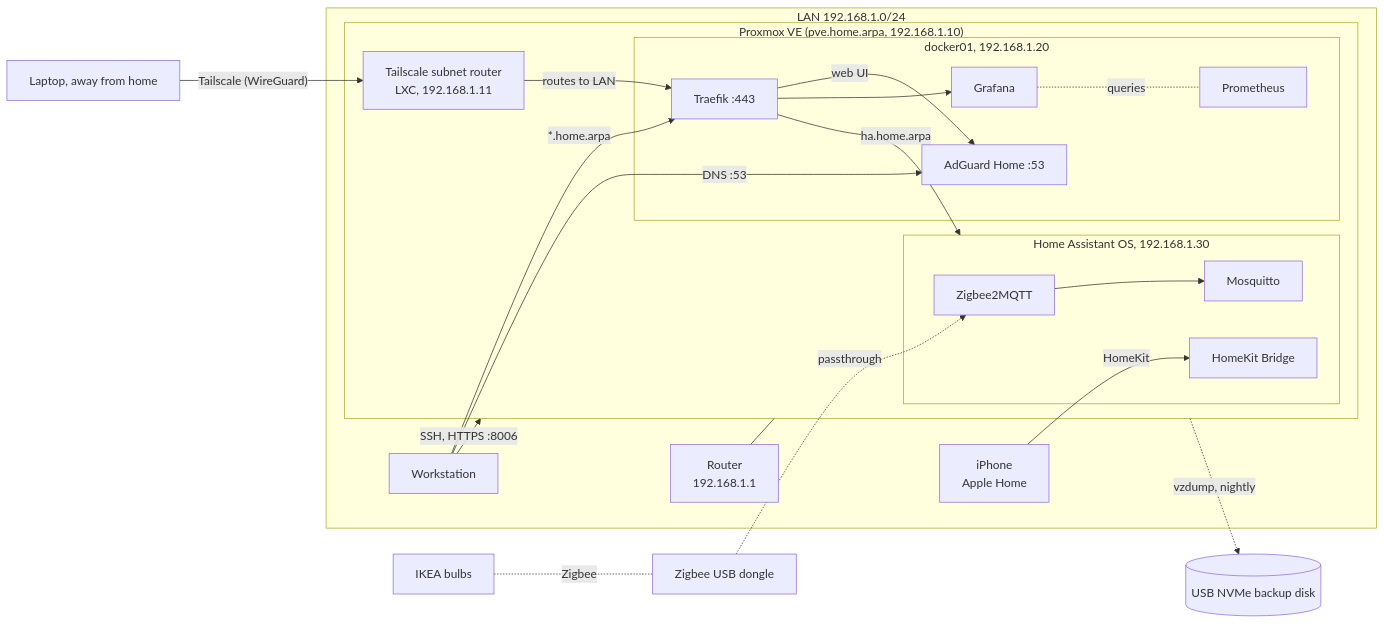
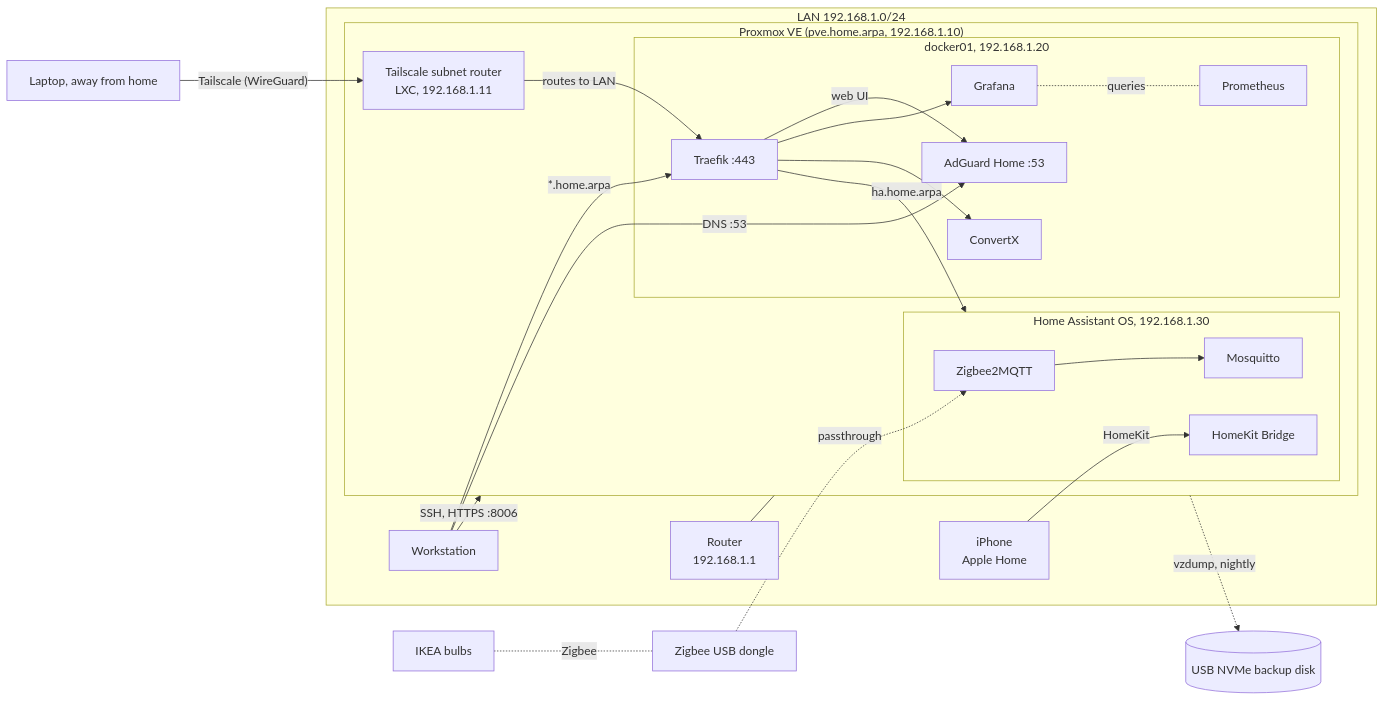
The diagram in README.md (ralferik/homelab), drawn with Mermaid before and after one commit. The commit also changed other lines of this file and 4 other files, not shown here.

````diff
--- a/README.md
+++ b/README.md
@@ -14,38 +14,40 @@
 ```mermaid
 flowchart LR
     subgraph LAN["LAN 192.168.1.0/24"]
         router["Router<br/>192.168.1.1"]
         ws["Workstation"]
         phone["iPhone<br/>Apple Home"]
         subgraph pve["Proxmox VE (pve.home.arpa, 192.168.1.10)"]
             ts["Tailscale subnet router<br/>LXC, 192.168.1.11"]
             subgraph docker["docker01, 192.168.1.20"]
                 traefik["Traefik :443"]
                 adguard["AdGuard Home :53"]
                 prom["Prometheus"]
                 grafana["Grafana"]
+                convertx["ConvertX"]
             end
             subgraph haos["Home Assistant OS, 192.168.1.30"]
                 z2m["Zigbee2MQTT"]
                 mqtt["Mosquitto"]
                 homekit["HomeKit Bridge"]
             end
         end
     end
     ws -- "SSH, HTTPS :8006" --> pve
     laptop["Laptop, away from home"] -- "Tailscale (WireGuard)" --> ts
     ts -- "routes to LAN" --> traefik
     ws -- "*.home.arpa" --> traefik
     traefik -- "web UI" --> adguard
     traefik -- "ha.home.arpa" --> haos
     traefik --> grafana
+    traefik --> convertx
     grafana -. "queries" .- prom
     ws -- "DNS :53" --> adguard
     router --- pve
     dongle["Zigbee USB dongle"] -. passthrough .-> z2m
     z2m --> mqtt
     lamps["IKEA bulbs"] -. Zigbee .- dongle
     phone -- "HomeKit" --> homekit
     usbdisk[("USB NVMe backup disk")]
     pve -. "vzdump, nightly" .-> usbdisk
 ```
````
